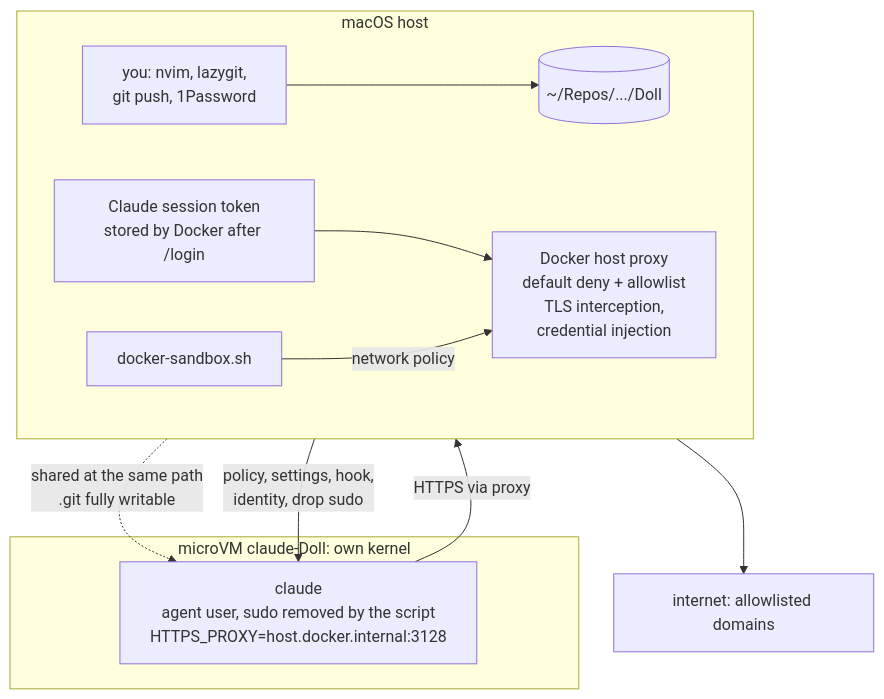
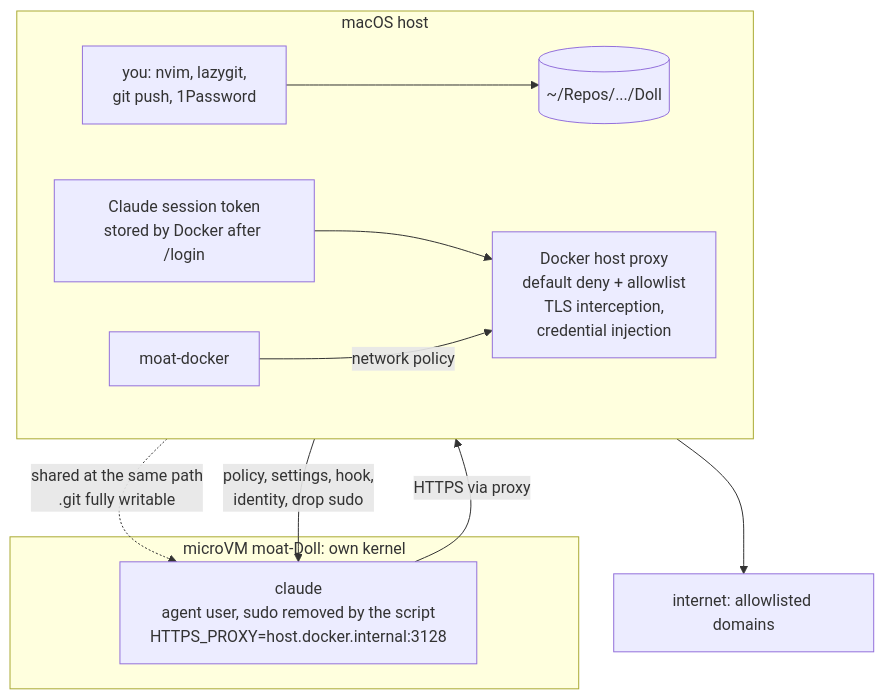
The second of 7 diagrams in ARCHITECTURE.md (marhaasa/eredo), drawn with Mermaid before and after one commit. The commit also changed other lines of this file and 14 other files, not shown here.

````diff
--- a/ARCHITECTURE.md
+++ b/ARCHITECTURE.md
@@ -52,22 +52,22 @@
 ```mermaid
 flowchart TB
   subgraph host["macOS host"]
     direction LR
     you["you: nvim, lazygit,<br/>git push, 1Password"]
     repo[("~/Repos/.../Doll")]
     cred["Claude session token<br/>stored by Docker after /login"]
     dproxy["Docker host proxy<br/>default deny + allowlist<br/>TLS interception,<br/>credential injection"]
-    script["docker-sandbox.sh"]
+    script["moat-docker"]
     you --> repo
     cred --> dproxy
   end
-  subgraph mvm["microVM claude-Doll: own kernel"]
+  subgraph mvm["microVM moat-Doll: own kernel"]
     agent["claude<br/>agent user, sudo removed by the script<br/>HTTPS_PROXY=host.docker.internal:3128"]
   end
   net["internet: allowlisted domains"]
   repo -. "shared at the same path<br/>.git fully writable" .-> agent
   script -- "policy, settings, hook,<br/>identity, drop sudo" --> agent
   script -- "network policy" --> dproxy
   agent -- "HTTPS via proxy" --> dproxy
   dproxy --> net
 ```
````
